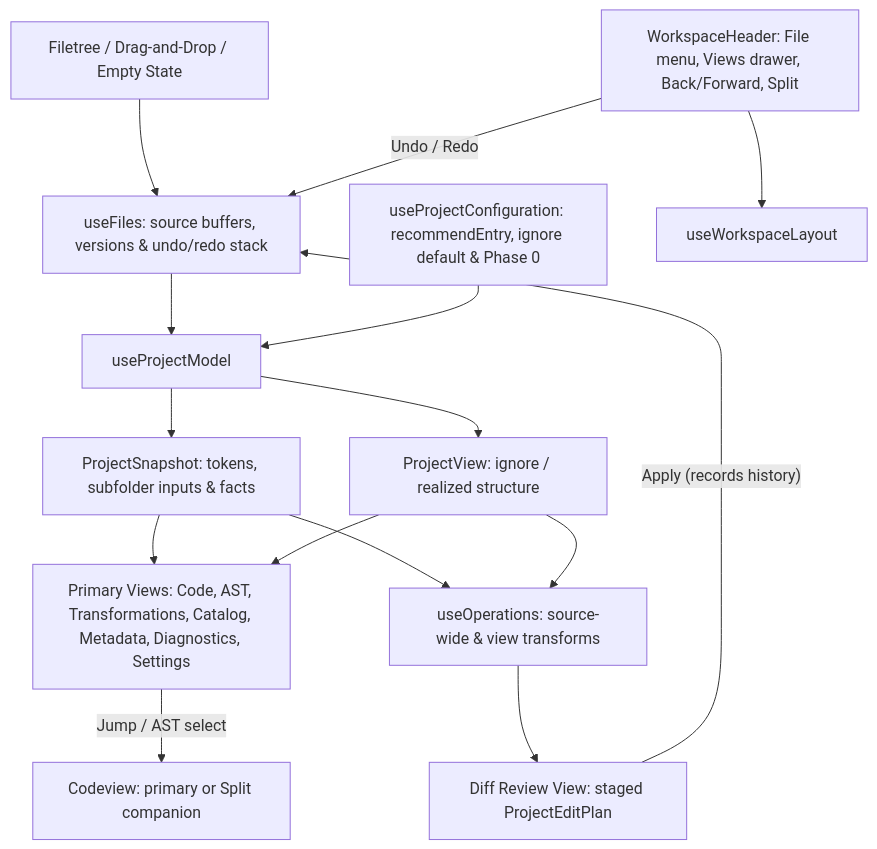
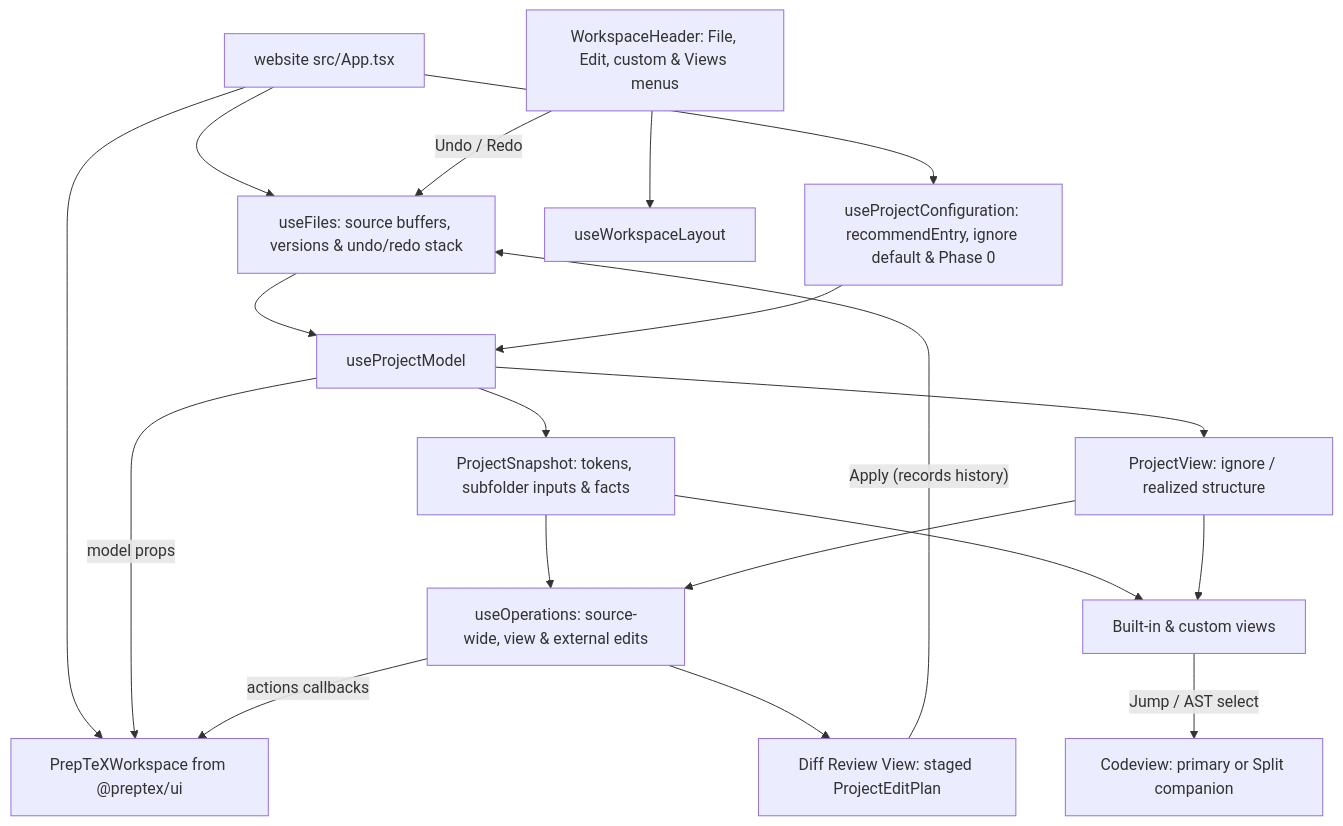
The diagram in docs/architecture.md (preptex/preptex.github.io), drawn with Mermaid before and after one commit. The commit also changed other lines of this file and 71 other files, not shown here.

````diff
--- a/docs/architecture.md
+++ b/docs/architecture.md
@@ -59,17 +37,21 @@
 ```mermaid
 flowchart TD
-  Upload[Filetree / Drag-and-Drop / Empty State] --> Files[useFiles: source buffers, versions & undo/redo stack]
+  App[website src/App.tsx] --> Files[useFiles: source buffers, versions & undo/redo stack]
+  App --> Config[useProjectConfiguration: recommendEntry, ignore default & Phase 0]
   Files --> Model[useProjectModel]
-  Config[useProjectConfiguration: recommendEntry, ignore default & Phase 0] --> Model
+  Config --> Model
   Model --> Snapshot[ProjectSnapshot: tokens, subfolder inputs & facts]
   Model --> View[ProjectView: ignore / realized structure]
-  Snapshot --> Ops[useOperations: source-wide & view transforms]
+  Snapshot --> Ops[useOperations: source-wide, view & external edits]
   View --> Ops
+  App --> Shell[PrepTeXWorkspace from @preptex/ui]
+  Model -- model props --> Shell
+  Ops -- actions callbacks --> Shell
   Ops --> Diff[Diff Review View: staged ProjectEditPlan]
   Diff -- Apply (records history) --> Files
-  Header[WorkspaceHeader: File menu, Views drawer, Back/Forward, Split] --> Layout[useWorkspaceLayout]
+  Header[WorkspaceHeader: File, Edit, custom & Views menus] --> Layout[useWorkspaceLayout]
   Header -- Undo / Redo --> Files
-  Snapshot --> Views[Primary Views: Code, AST, Transformations, Catalog, Metadata, Diagnostics, Settings]
+  Snapshot --> Views[Built-in & custom views]
   View --> Views
   Views -- Jump / AST select --> Code[Codeview: primary or Split companion]
 ```
````
